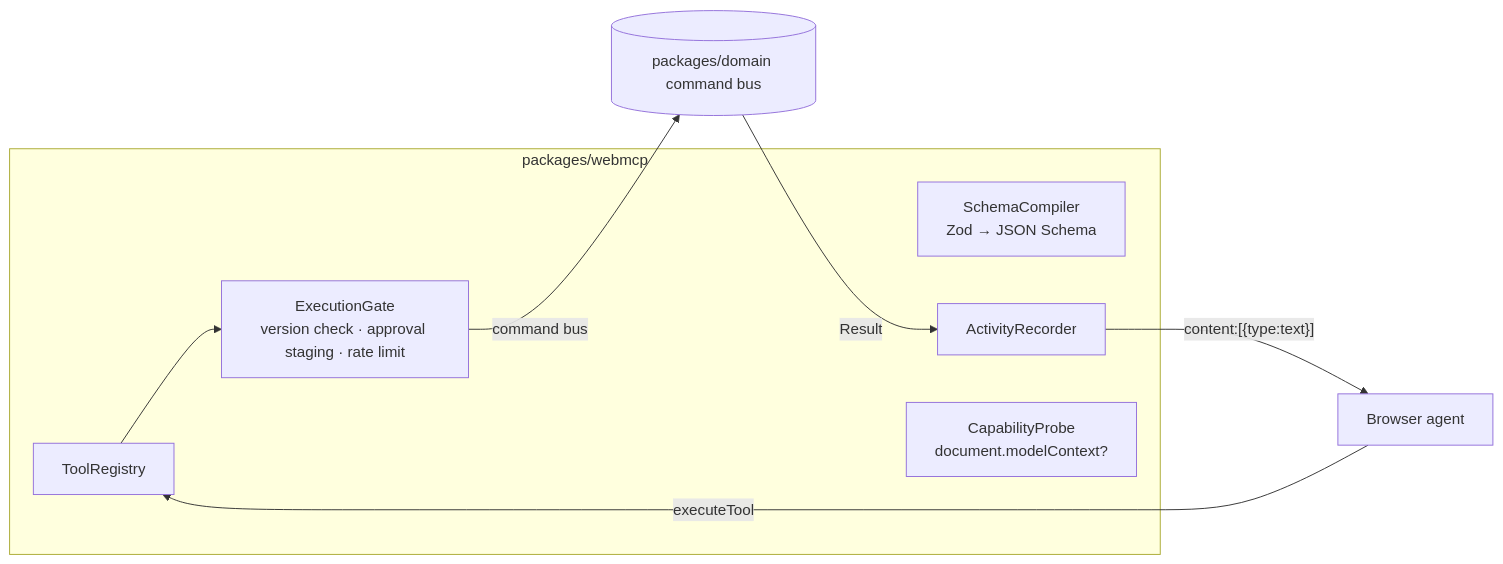
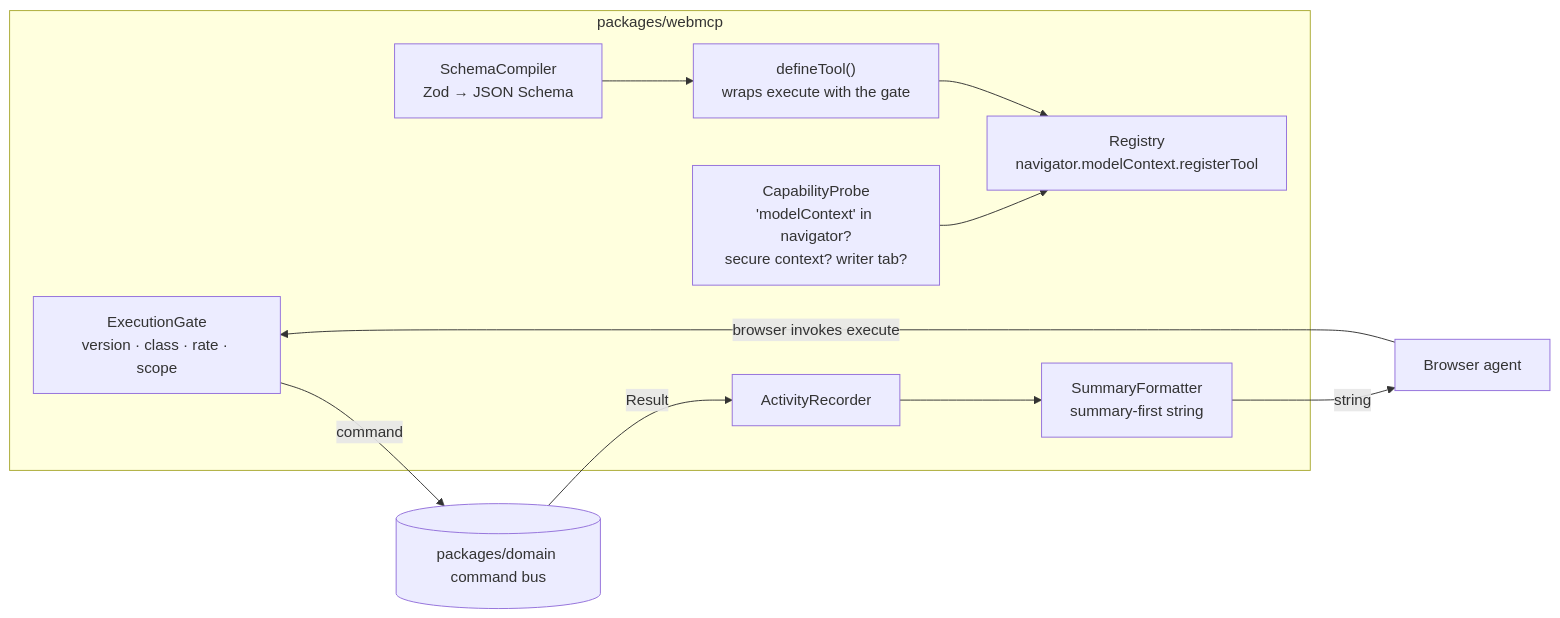
One commit to atiqursafayat/vistect changed the fifth of 5 diagrams in docs/planning/03-architecture.md. Above: the diagram before and after it, drawn with Mermaid. The commit also changed other lines of this file and 116 other files, not shown here.

````diff
--- a/docs/planning/03-architecture.md
+++ b/docs/planning/03-architecture.md
@@ -171,13 +173,18 @@
 ```mermaid
 graph LR
     subgraph packages/webmcp
-        REG[ToolRegistry]
-        COMP[SchemaCompiler\nZod → JSON Schema]
-        GATE[ExecutionGate\nversion check · approval staging · rate limit]
-        ACT[ActivityRecorder]
-        CAP[CapabilityProbe\ndocument.modelContext?]
+        CAP["CapabilityProbe<br/>'modelContext' in navigator?<br/>secure context? writer tab?"]
+        COMP["SchemaCompiler<br/>Zod → JSON Schema"]
+        DEF["defineTool()<br/>wraps execute with the gate"]
+        GATE["ExecutionGate<br/>version · class · rate · scope"]
+        REG["Registry<br/>navigator.modelContext.registerTool"]
+        ACT["ActivityRecorder"]
+        FMT["SummaryFormatter<br/>summary-first string"]
     end
-    BA[Browser agent] -- executeTool --> REG
-    REG --> GATE -- command bus --> CBUS[(packages/domain command bus)]
-    CBUS -- Result --> ACT -- content:[{type:text}] --> BA
+    CAP --> REG
+    COMP --> DEF
+    DEF --> REG
+    BA["Browser agent"] -- "browser invokes execute" --> GATE
+    GATE -- command --> CBUS[("packages/domain command bus")]
+    CBUS -- Result --> ACT --> FMT -- "string" --> BA
 ```
````
